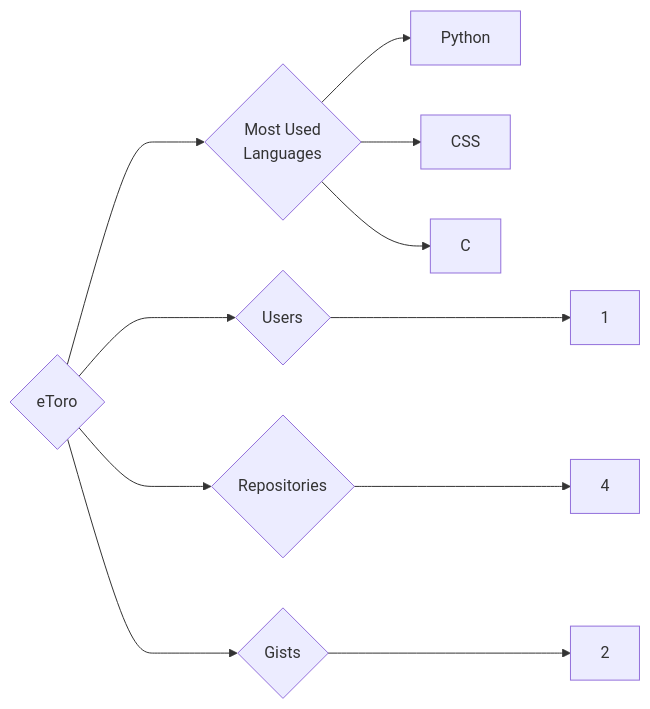
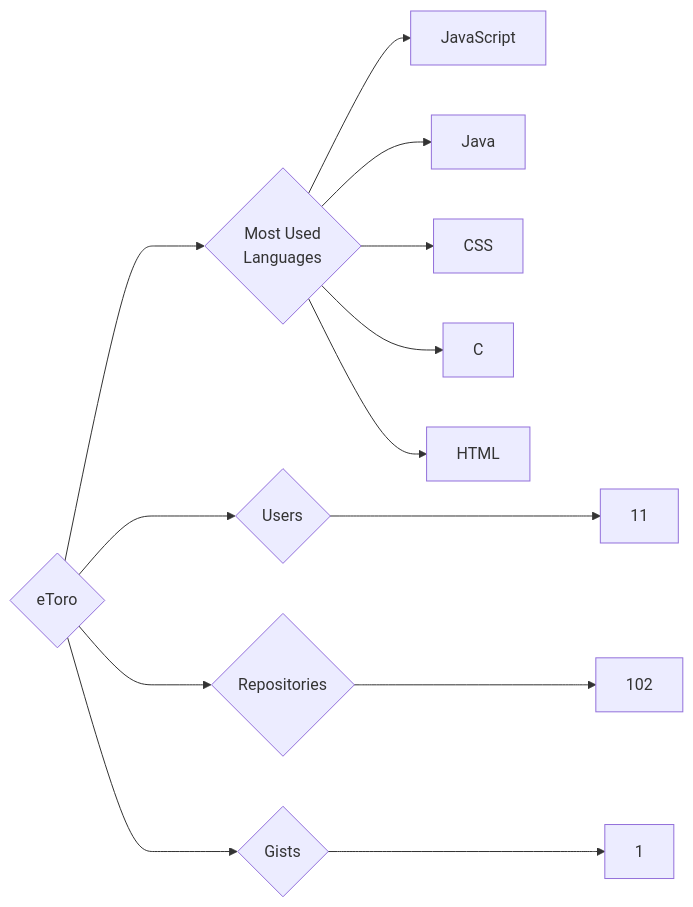
The diagram in targets/eToro/README.md (trickest/insiders), drawn with Mermaid before and after one commit. The commit also changed 1011 other files, not shown here.

````diff
--- a/targets/eToro/README.md
+++ b/targets/eToro/README.md
@@ -3,11 +3,13 @@
 ```mermaid
 graph LR
 COMPANY_NAME{eToro}
-COMPANY_NAME ---> U{Users} ---> UN[1]
-COMPANY_NAME ---> R{Repositories} ---> RN[4]
-COMPANY_NAME ---> G{Gists} ---> GN[2]
+COMPANY_NAME ---> U{Users} ---> UN[11]
+COMPANY_NAME ---> R{Repositories} ---> RN[102]
+COMPANY_NAME ---> G{Gists} ---> GN[1]
 COMPANY_NAME ---> ML{Most Used<br>Languages}
-ML --> Python[Python]
+ML --> JavaScript[JavaScript]
+ML --> Java[Java]
 ML --> CSS[CSS]
 ML --> C[C]
+ML --> HTML[HTML]
 ```
````
